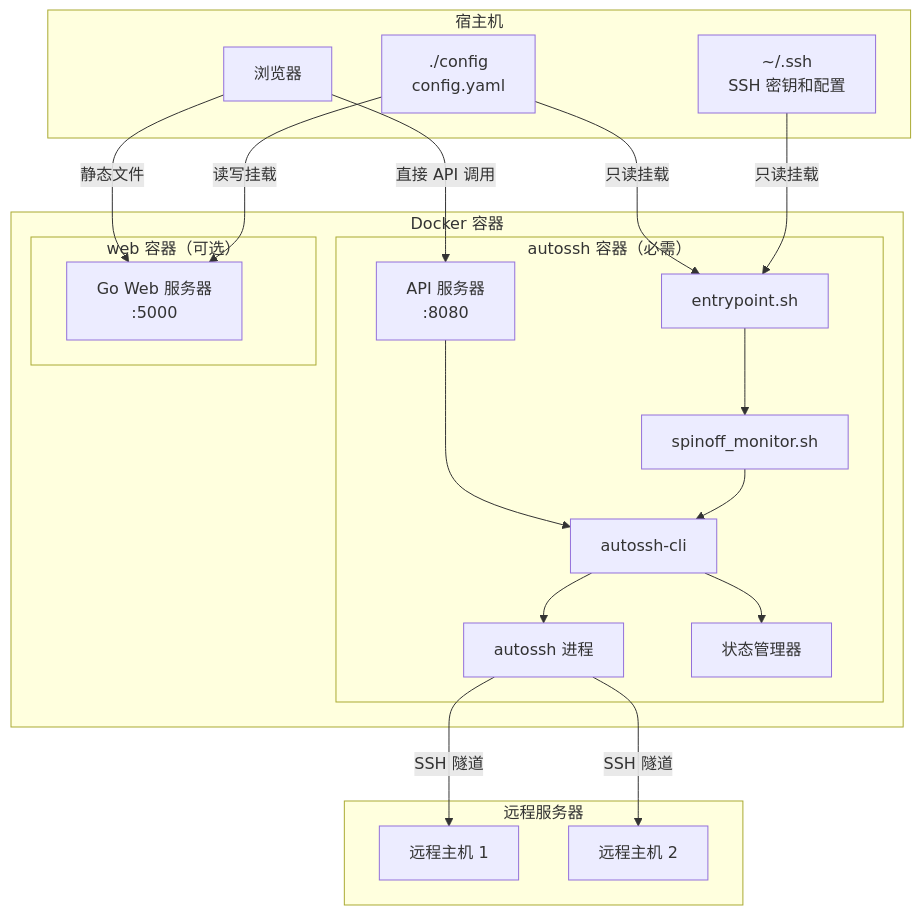
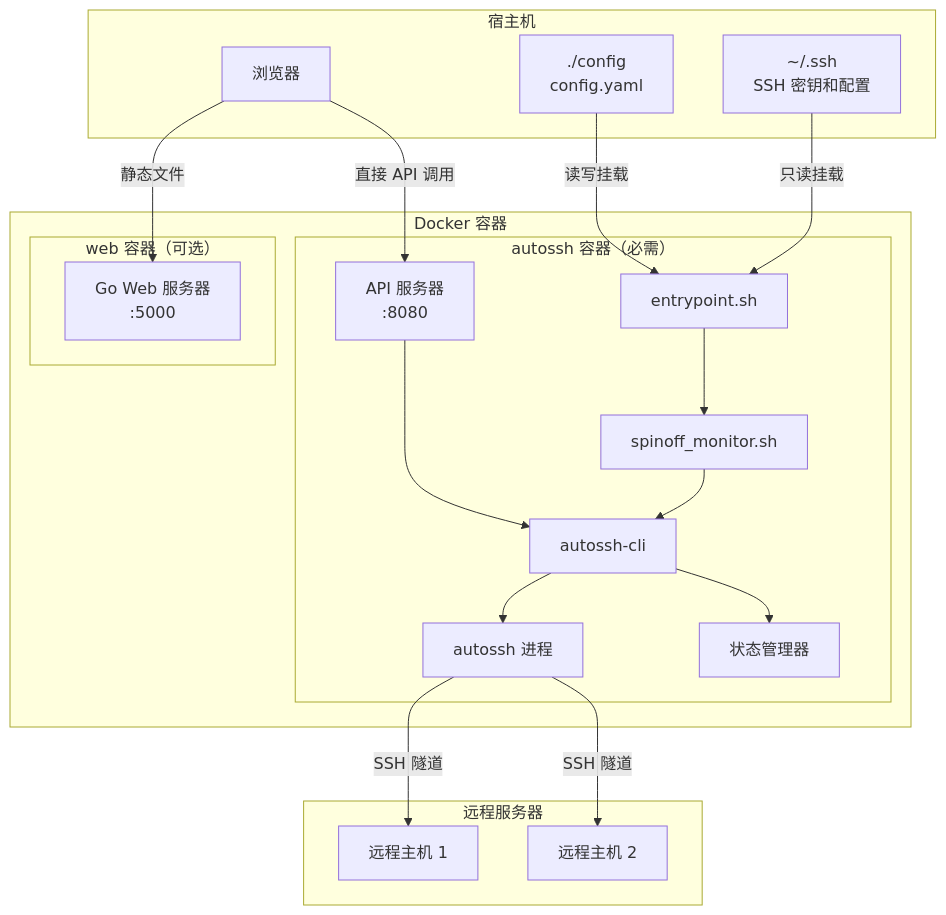
Before and after one commit to Oaklight/autossh-tunnel-dockerized: the first of 3 diagrams in docs/architecture.md, drawn with Mermaid. The commit also changed other lines of this file, not shown here.

````diff
--- a/docs/architecture.md
+++ b/docs/architecture.md
@@ -15,44 +15,43 @@
 ```mermaid
 graph TB
     subgraph "宿主机"
         SSH[~/.ssh<br/>SSH 密钥和配置]
         CONFIG[./config<br/>config.yaml]
         BROWSER[浏览器]
     end
     
     subgraph "Docker 容器"
         subgraph "autossh 容器（必需）"
             ENTRY[entrypoint.sh]
             MONITOR[spinoff_monitor.sh]
             CLI[autossh-cli]
             API[API 服务器<br/>:8080]
             AUTOSSH[autossh 进程]
             STATE[状态管理器]
         end
         
         subgraph "web 容器（可选）"
             WEBSERVER[Go Web 服务器<br/>:5000]
         end
     end
     
     subgraph "远程服务器"
         REMOTE1[远程主机 1]
         REMOTE2[远程主机 2]
     end
     
     SSH -->|只读挂载| ENTRY
-    CONFIG -->|只读挂载| ENTRY
-    CONFIG -->|读写挂载| WEBSERVER
+    CONFIG -->|读写挂载| ENTRY
+    BROWSER -->|静态文件| WEBSERVER
     
     ENTRY --> MONITOR
     MONITOR --> CLI
     CLI --> STATE
     CLI --> AUTOSSH
     API --> CLI
     
-    BROWSER -->|静态文件| WEBSERVER
     BROWSER -->|直接 API 调用| API
     
     AUTOSSH -->|SSH 隧道| REMOTE1
     AUTOSSH -->|SSH 隧道| REMOTE2
 ```
````
